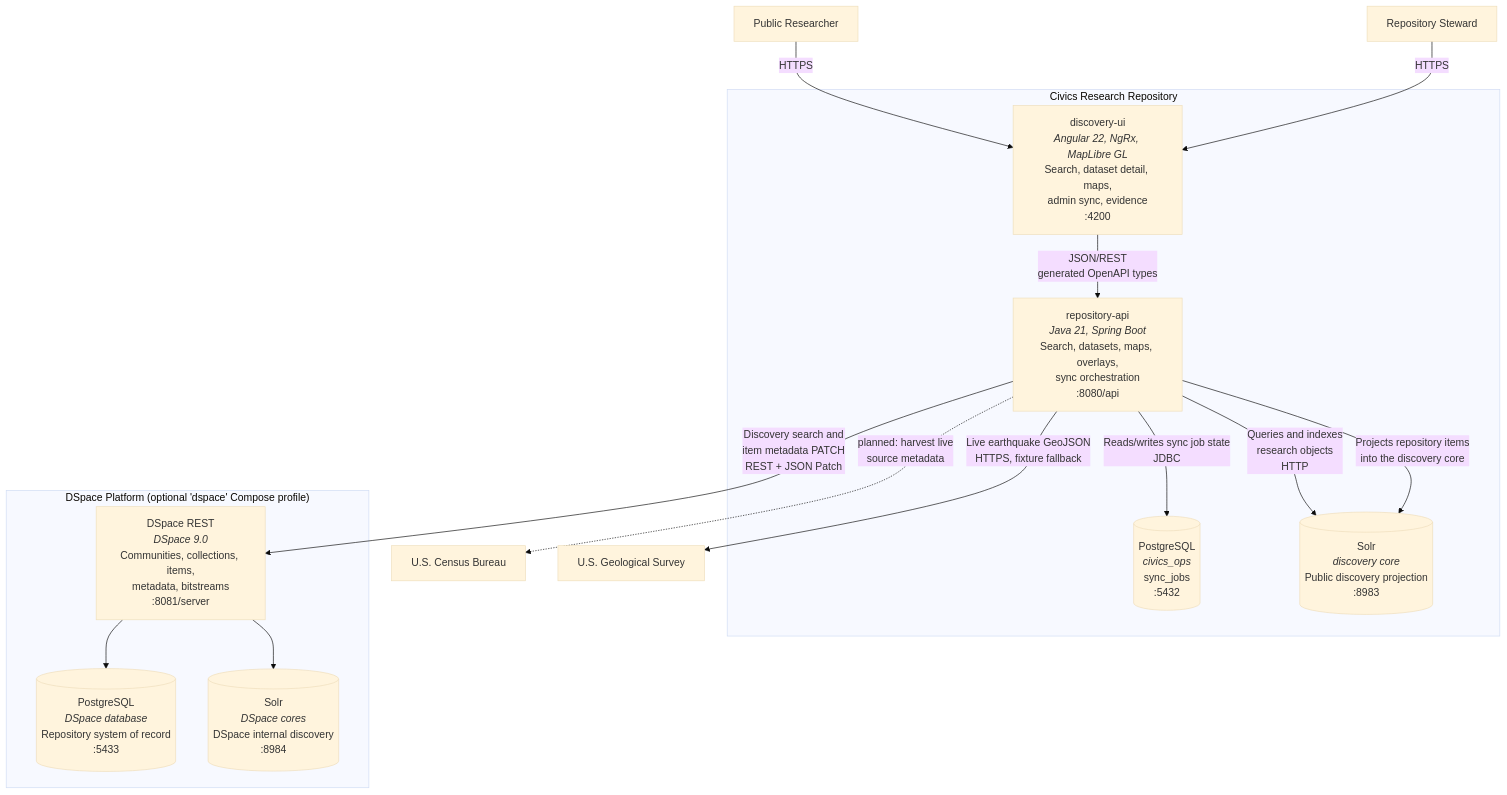
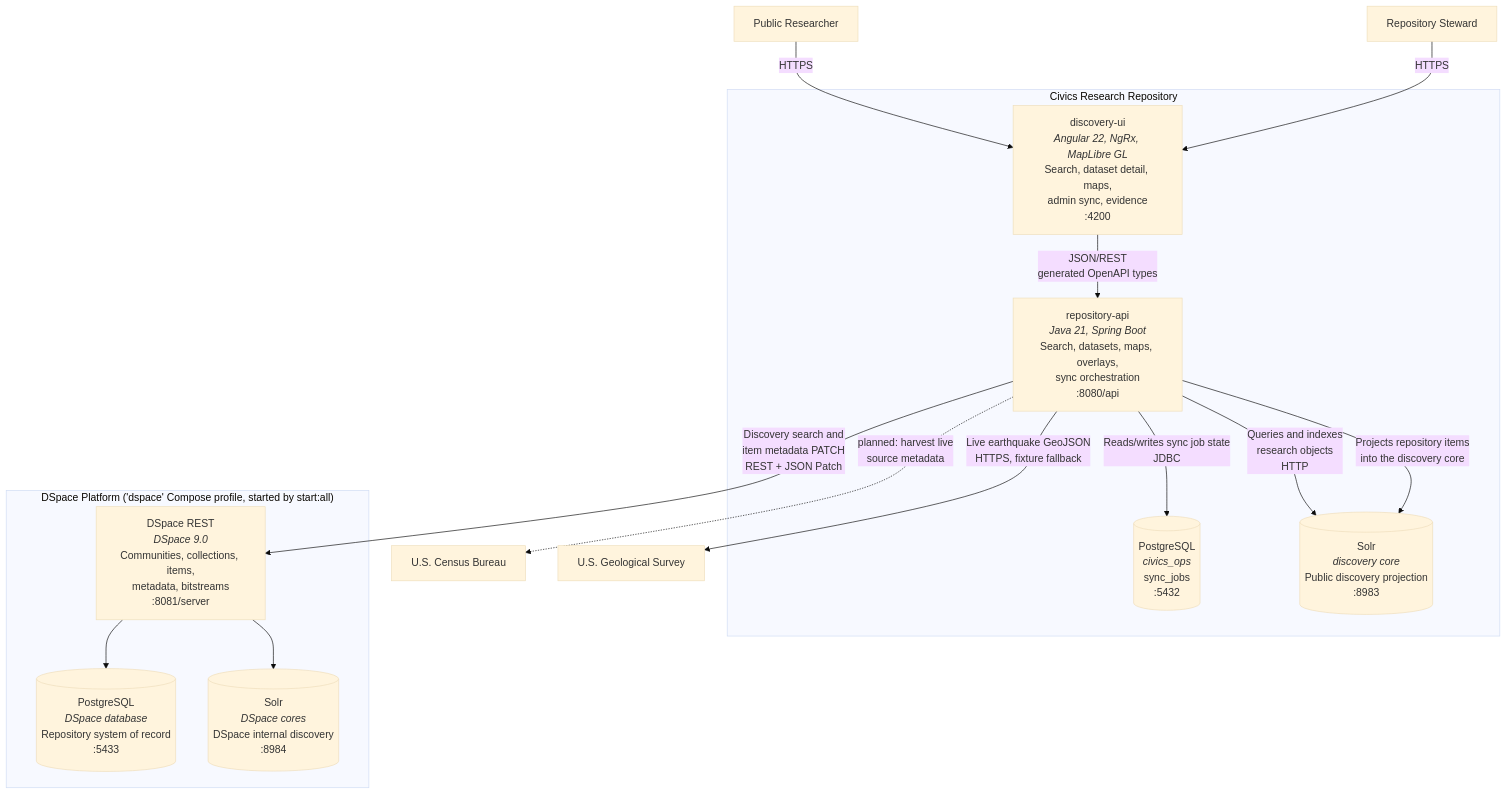
Before and after one commit to JeffreySanford/civics-research-repository: the second of 5 diagrams in documentation/architecture-diagrams.md, drawn with Mermaid (base theme). The commit also changed other lines of this file and 13 other files, not shown here.

````diff
--- a/documentation/architecture-diagrams.md
+++ b/documentation/architecture-diagrams.md
@@ -29,36 +29,36 @@
 ```mermaid
 flowchart TB
     researcher["Public Researcher"]
     steward["Repository Steward"]
 
     subgraph crr["Civics Research Repository"]
         ui["discovery-ui<br/><i>Angular 22, NgRx, MapLibre GL</i><br/>Search, dataset detail, maps,<br/>admin sync, evidence<br/>:4200"]
         api["repository-api<br/><i>Java 21, Spring Boot</i><br/>Search, datasets, maps, overlays,<br/>sync orchestration<br/>:8080/api"]
         opsdb[("PostgreSQL<br/><i>civics_ops</i><br/>sync_jobs<br/>:5432")]
         discovery[("Solr<br/><i>discovery core</i><br/>Public discovery projection<br/>:8983")]
     end
 
-    subgraph dspace["DSpace Platform (optional 'dspace' Compose profile)"]
+    subgraph dspace["DSpace Platform ('dspace' Compose profile, started by start:all)"]
         dsrest["DSpace REST<br/><i>DSpace 9.0</i><br/>Communities, collections, items,<br/>metadata, bitstreams<br/>:8081/server"]
         dsdb[("PostgreSQL<br/><i>DSpace database</i><br/>Repository system of record<br/>:5433")]
         dssolr[("Solr<br/><i>DSpace cores</i><br/>DSpace internal discovery<br/>:8984")]
     end
 
     census["U.S. Census Bureau"]
     usgs["U.S. Geological Survey"]
 
     researcher -->|HTTPS| ui
     steward -->|HTTPS| ui
     ui -->|"JSON/REST<br/>generated OpenAPI types"| api
 
     api -->|"Reads/writes sync job state<br/>JDBC"| opsdb
     api -->|"Queries and indexes<br/>research objects<br/>HTTP"| discovery
     api -->|"Discovery search and<br/>item metadata PATCH<br/>REST + JSON Patch"| dsrest
     api -->|"Live earthquake GeoJSON<br/>HTTPS, fixture fallback"| usgs
 
     dsrest --> dsdb
     dsrest --> dssolr
 
     api -->|"Projects repository items<br/>into the discovery core"| discovery
     api -.->|"planned: harvest live<br/>source metadata"| census
 ```
````
